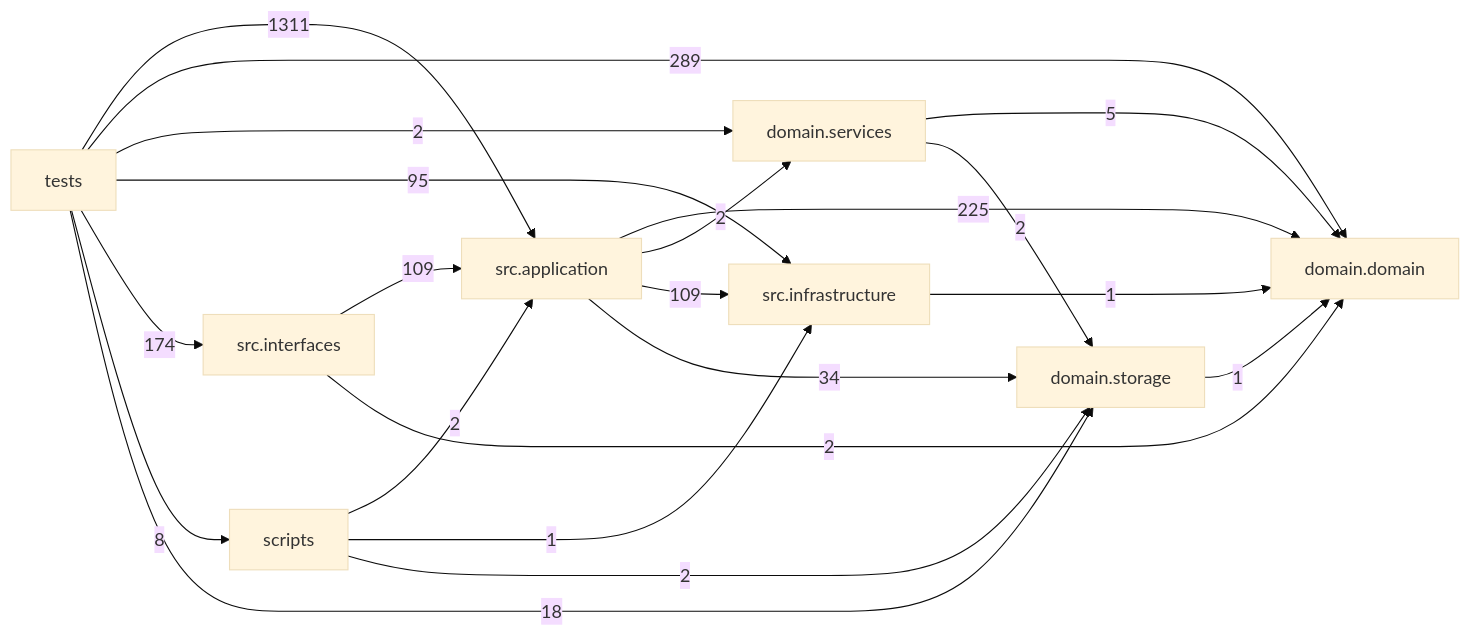
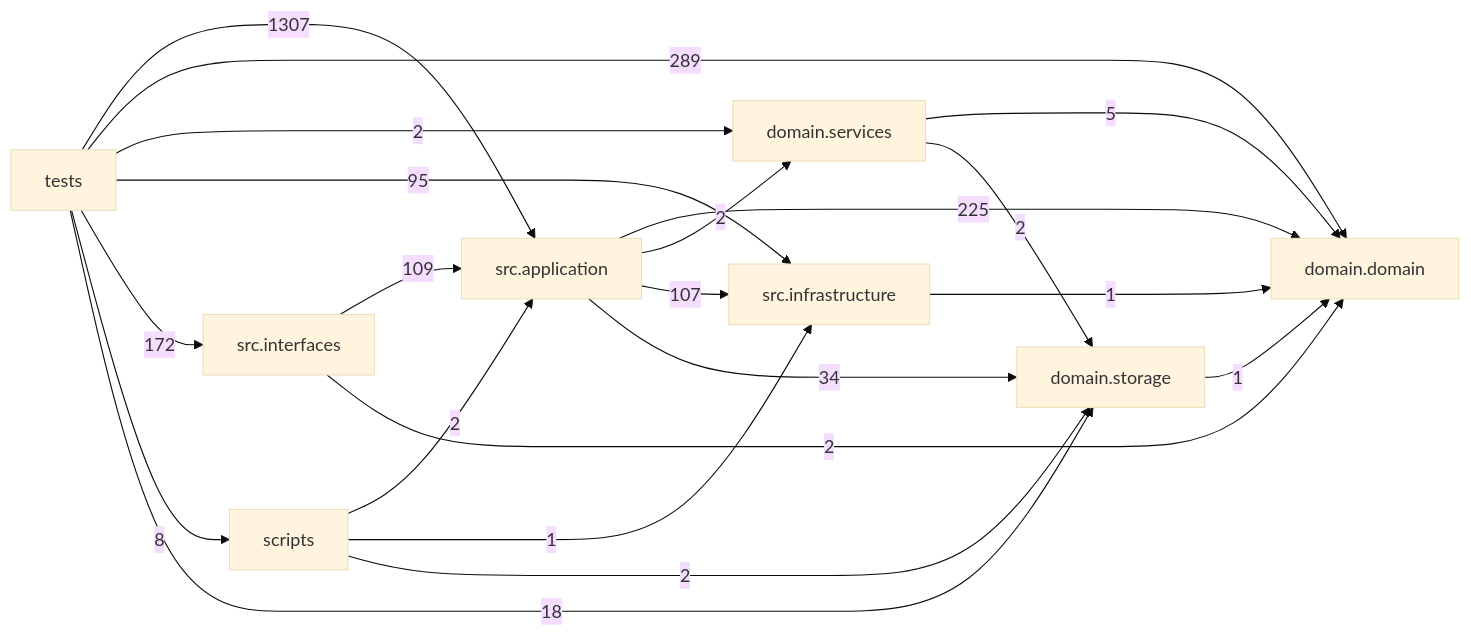
Before and after one commit to liuxie066/options-monitor: the diagram in docs/DEPENDENCY_GRAPH.md, drawn with Mermaid (base theme). The commit also changed other lines of this file and 54 other files, not shown here.

````diff
--- a/docs/DEPENDENCY_GRAPH.md
+++ b/docs/DEPENDENCY_GRAPH.md
@@ -24,31 +24,31 @@
 ```mermaid
 flowchart LR
   tests["tests"]
   scripts["scripts"]
   interfaces["src.interfaces"]
   application["src.application"]
   infrastructure["src.infrastructure"]
   domain_services["domain.services"]
   domain["domain.domain"]
   storage["domain.storage"]
   application -->|225| domain
   application -->|2| domain_services
-  application -->|109| infrastructure
+  application -->|107| infrastructure
   application -->|34| storage
   domain_services -->|5| domain
   domain_services -->|2| storage
   infrastructure -->|1| domain
   interfaces -->|109| application
   interfaces -->|2| domain
   scripts -->|2| application
   scripts -->|1| infrastructure
   scripts -->|2| storage
   storage -->|1| domain
-  tests -->|1311| application
+  tests -->|1307| application
   tests -->|289| domain
   tests -->|2| domain_services
   tests -->|95| infrastructure
-  tests -->|174| interfaces
+  tests -->|172| interfaces
   tests -->|8| scripts
   tests -->|18| storage
 ```
````
